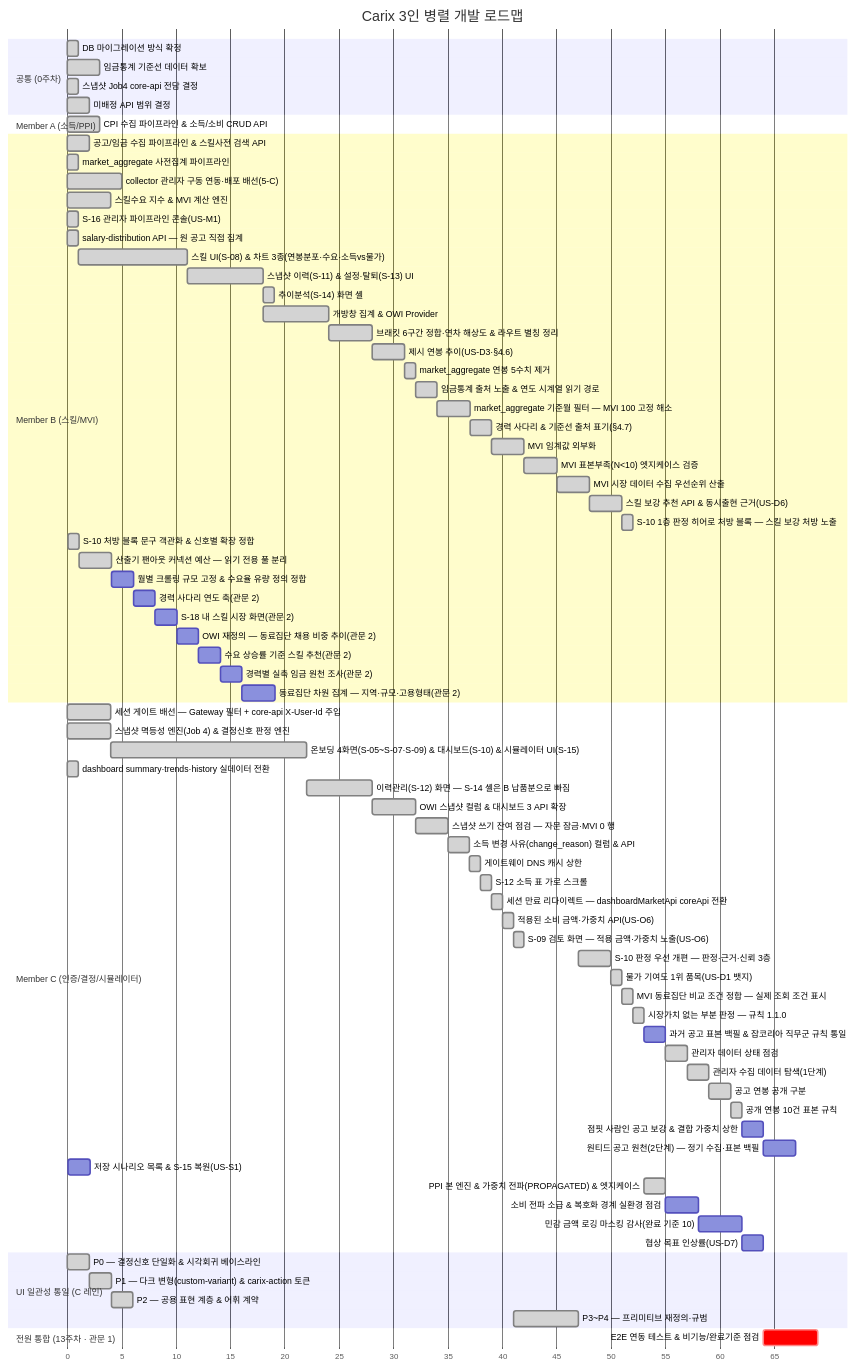
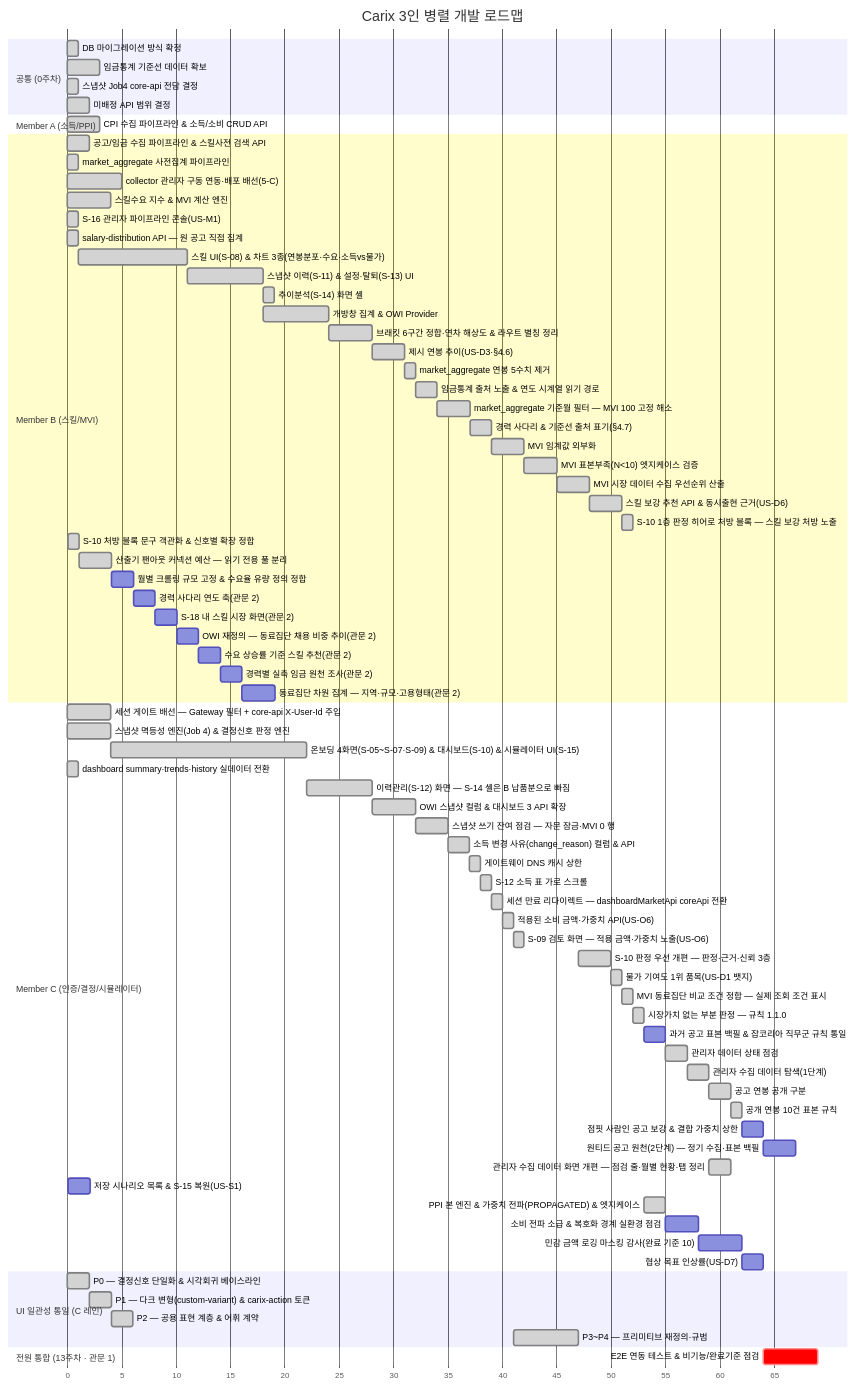
One commit to SeoHyeokGyu/Carix changed the first of 2 diagrams in docs/plans/carix-dev-plan.md. Above: the diagram before and after it, drawn with Mermaid. The commit also changed other lines of this file and 4 other files, not shown here.

````diff
--- a/docs/plans/carix-dev-plan.md
+++ b/docs/plans/carix-dev-plan.md
@@ -94,81 +94,82 @@
 ```mermaid
 gantt
     title Carix 3인 병렬 개발 로드맵
     dateFormat X
     axisFormat %s
     section 공통 (0주차)
     DB 마이그레이션 방식 확정 :done, c0a, 0, 1s
     임금통계 기준선 데이터 확보 :done, a0, 3, 3s
     스냅샷 Job4 core-api 전담 결정 :done, i0, 7, 1s
     미배정 API 범위 결정 :done, c0, 7, 2s
     section Member A (소득/PPI)
     CPI 수집 파이프라인 & 소득/소비 CRUD API :done, a1, 12, 3s
     section Member B (스킬/MVI)
     공고/임금 수집 파이프라인 & 스킬사전 검색 API :done, b1, 2, 2s
     market_aggregate 사전집계 파이프라인 :done, b2a, 3, 1s
     collector 관리자 구동 연동·배포 배선(5-C) :done, b0, 7, 5s
     스킬수요 지수 & MVI 계산 엔진 :done, b2, 8, 4s
     S-16 관리자 파이프라인 콘솔(US-M1) :done, b16, 14, 1s
     salary-distribution API — 원 공고 직접 집계 :done, b3a, 15, 1s
     스킬 UI(S-08) & 차트 3종(연봉분포·수요·소득vs물가) :done, b3, after b3a, 10s
     스냅샷 이력(S-11) & 설정·탈퇴(S-13) UI :done, b4, after b3, 7s
     추이분석(S-14) 화면 셸 :done, b4a, after b4, 1s
     개방창 집계 & OWI Provider :done, b6, after b4, 6s
     브래킷 6구간 정합·연차 해상도 & 라우트 별칭 정리 :done, b7, after b6, 4s
     제시 연봉 추이(US-D3·§4.6) :done, b10, after b7, 3s
     market_aggregate 연봉 5수치 제거 :done, b11, after b10, 1s
     임금통계 출처 노출 & 연도 시계열 읽기 경로 :done, b13, after b11, 2s
     market_aggregate 기준월 필터 — MVI 100 고정 해소 :done, b18, after b13, 3s
     경력 사다리 & 기준선 출처 표기(§4.7) :done, b12, after b18, 2s
     MVI 임계값 외부화 :done, b8, after b12, 3s
     MVI 표본부족(N<10) 엣지케이스 검증 :done, b8a, after b8, 3s
     MVI 시장 데이터 수집 우선순위 산출 :done, b8b, after b8a, 3s
     스킬 보강 추천 API & 동시출현 근거(US-D6) :done, b9, after b8b, 3s
     S-10 1층 판정 히어로 처방 블록 — 스킬 보강 처방 노출 :done, b15, after b9, 1s
     S-10 처방 블록 문구 객관화 & 신호별 확장 정합 :done, b20, 83, 1s
     산출기 팬아웃 커넥션 예산 — 읽기 전용 풀 분리 :done, b17, after b20, 3s
     월별 크롤링 규모 고정 & 수요율 유량 정의 정합 :b21, after b17, 2s
     경력 사다리 연도 축(관문 2) :b14, after b21, 2s
     S-18 내 스킬 시장 화면(관문 2) :b19, after b14, 2s
     OWI 재정의 — 동료집단 채용 비중 추이(관문 2) :b22, after b19, 2s
     수요 상승률 기준 스킬 추천(관문 2) :b23, after b22, 2s
     경력별 실측 임금 원천 조사(관문 2) :b24, after b23, 2s
     동료집단 차원 집계 — 지역·규모·고용형태(관문 2) :b25, after b24, 3s
     section Member C (인증/결정/시뮬레이터)
     세션 게이트 배선 — Gateway 필터 + core-api X-User-Id 주입 :done, c0b, 7, 4s
     스냅샷 멱등성 엔진(Job 4) & 결정신호 판정 엔진 :done, c2, 8, 4s
     온보딩 4화면(S-05~S-07·S-09) & 대시보드(S-10) & 시뮬레이터 UI(S-15) :done, c3, after c2, 18s
     dashboard summary·trends·history 실데이터 전환 :done, c4a, 15, 1s
     이력관리(S-12) 화면 — S-14 셸은 B 납품분으로 빠짐 :done, c4, after c3, 6s
     OWI 스냅샷 컬럼 & 대시보드 3 API 확장 :done, c6, after c4, 4s
     스냅샷 쓰기 잔여 점검 — 자문 잠금·MVI 0 행 :done, c5, after c6, 3s
     소득 변경 사유(change_reason) 컬럼 & API :done, c10, after c5, 2s
     게이트웨이 DNS 캐시 상한 :done, c7, after c10, 1s
     S-12 소득 표 가로 스크롤 :done, c13, after c7, 1s
     세션 만료 리다이렉트 — dashboardMarketApi coreApi 전환 :done, c16, after c13, 1s
     적용된 소비 금액·가중치 API(US-O6) :done, c11, after c16, 1s
     S-09 검토 화면 — 적용 금액·가중치 노출(US-O6) :done, c17, after c11, 1s
     S-10 판정 우선 개편 — 판정·근거·신뢰 3층 :done, c15, after ui3, 3s
     물가 기여도 1위 품목(US-D1 뱃지) :done, c12, after c15, 1s
     MVI 동료집단 비교 조건 정합 — 실제 조회 조건 표시 :done, c22, after c12, 1s
     시장가치 없는 부분 판정 — 규칙 1.1.0 :done, c23, after c22, 1s
     과거 공고 표본 백필 & 잡코리아 직무군 규칙 통일 :c24, after c23, 2s
     관리자 데이터 상태 점검 :done, c25, after c24, 2s
     관리자 수집 데이터 탐색(1단계) :done, c26, after c25, 2s
     공고 연봉 공개 구분 :done, c27, after c26, 2s
     공개 연봉 10건 표본 규칙 :done, c28, after c27, 1s
     점핏 사람인 공고 보강 & 결합 가중치 상한 :c29, after c28, 2s
     원티드 공고 원천(2단계) — 정기 수집·표본 백필 :c30, after c29, 3s
+    관리자 수집 데이터 화면 개편 — 점검 줄·월별 현황·탭 정리 :done, c31, after c26, 2s
     저장 시나리오 목록 & S-15 복원(US-S1) :c9, 83, 2s
     PPI 본 엔진 & 가중치 전파(PROPAGATED) & 엣지케이스 :done, a2, after c23, 2s
     소비 전파 소급 & 복호화 경계 실환경 점검 :a12, after a2 c9, 3s
     민감 금액 로깅 마스킹 감사(완료 기준 10) :a7, after a12, 4s
     협상 목표 인상률(US-D7) :c8, after a7, 2s
     section UI 일관성 통일 (C 레인)
     P0 — 결정신호 단일화 & 시각회귀 베이스라인 :done, ui0, 33, 2s
     P1 — 다크 변형(custom-variant) & carix-action 토큰 :done, ui1, after ui0, 2s
     P2 — 공용 표현 계층 & 어휘 계약 :done, ui2, after ui1, 2s
     P3~P4 — 프리미티브 재정의·규범 :done, ui3, after c11, 6s
     section 전원 통합 (13주차 · 관문 1)
     E2E 연동 테스트 & 비기능/완료기준 점검 :crit, e2e, after b21 c8, 5s
 ```
````
